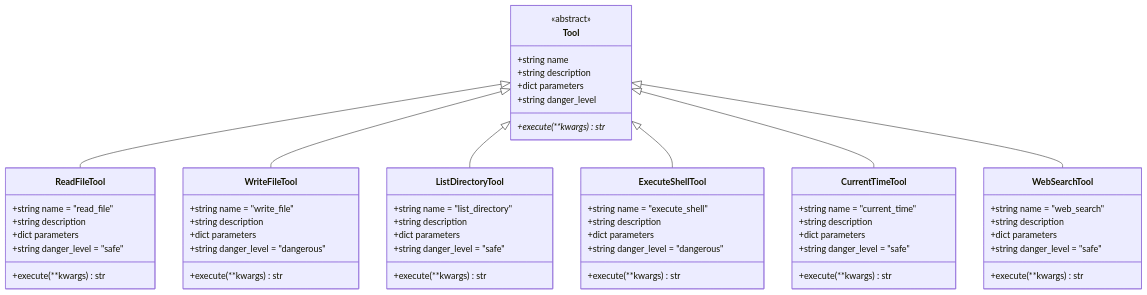
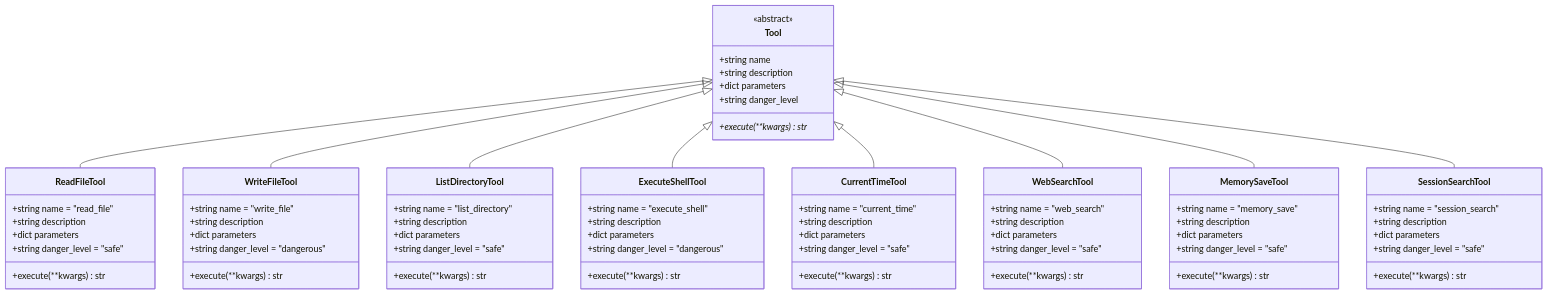
One commit to 250shiwo/MySmallAgent changed the third of 11 diagrams in .qoder/repowiki/zh/content/核心模块详解/工具系统架构.md. Above: the diagram before and after it, drawn with Mermaid. The commit also changed other lines of this file and 41 other files, not shown here.

````diff
--- a/.qoder/repowiki/zh/content/核心模块详解/工具系统架构.md
+++ b/.qoder/repowiki/zh/content/核心模块详解/工具系统架构.md
@@ -203,59 +246,75 @@
 ```mermaid
 classDiagram
 class Tool {
 <<abstract>>
 +string name
 +string description
 +dict parameters
 +string danger_level
 +execute(**kwargs) str*
 }
 class ReadFileTool {
 +string name = "read_file"
 +string description
 +dict parameters
 +string danger_level = "safe"
 +execute(**kwargs) str
 }
 class WriteFileTool {
 +string name = "write_file"
 +string description
 +dict parameters
 +string danger_level = "dangerous"
 +execute(**kwargs) str
 }
 class ListDirectoryTool {
 +string name = "list_directory"
 +string description
 +dict parameters
 +string danger_level = "safe"
 +execute(**kwargs) str
 }
 class ExecuteShellTool {
 +string name = "execute_shell"
 +string description
 +dict parameters
 +string danger_level = "dangerous"
 +execute(**kwargs) str
 }
 class CurrentTimeTool {
 +string name = "current_time"
 +string description
 +dict parameters
 +string danger_level = "safe"
 +execute(**kwargs) str
 }
 class WebSearchTool {
 +string name = "web_search"
 +string description
 +dict parameters
 +string danger_level = "safe"
 +execute(**kwargs) str
 }
+class MemorySaveTool {
++string name = "memory_save"
++string description
++dict parameters
++string danger_level = "safe"
++execute(**kwargs) str
+}
+class SessionSearchTool {
++string name = "session_search"
++string description
++dict parameters
++string danger_level = "safe"
++execute(**kwargs) str
+}
 Tool <|-- ReadFileTool
 Tool <|-- WriteFileTool
 Tool <|-- ListDirectoryTool
 Tool <|-- ExecuteShellTool
 Tool <|-- CurrentTimeTool
 Tool <|-- WebSearchTool
+Tool <|-- MemorySaveTool
+Tool <|-- SessionSearchTool
 ```
````
